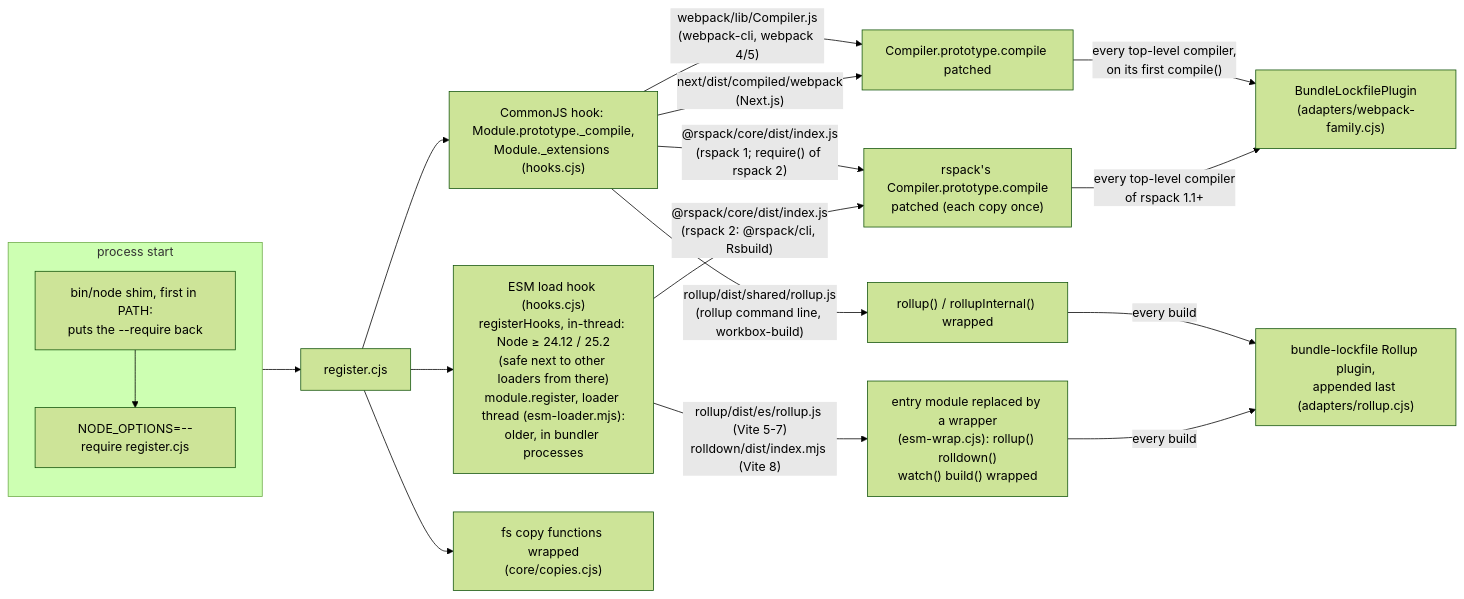
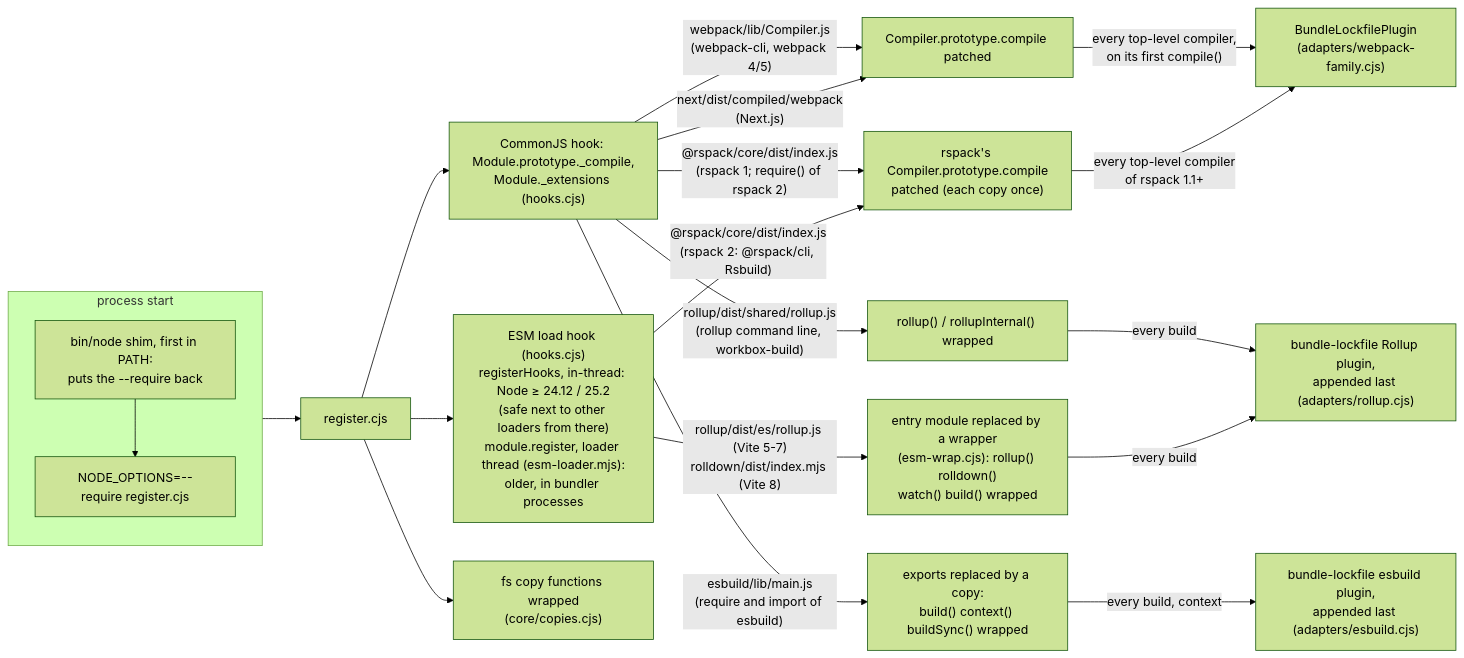
The first of 6 diagrams in docs/internals.md (toabctl/bundle-lockfile), drawn with Mermaid (forest theme) before and after one commit. The commit also changed other lines of this file and 18 other files, not shown here.

First line of the commit message:
esbuild: hook its JavaScript API (build, context, buildSync), 0.17 and later (#46)

````diff
--- a/docs/internals.md
+++ b/docs/internals.md
@@ -16,25 +16,27 @@
 ```mermaid
 flowchart LR
   subgraph start["process start"]
     direction TB
     nodeopts["NODE_OPTIONS=--require register.cjs"]
     shim["bin/node shim, first in PATH:<br/>puts the --require back"]
     shim --> nodeopts
   end
   nodeopts --> register["register.cjs"]
   register --> cjs["CommonJS hook: Module.prototype._compile,<br/>Module._extensions (hooks.cjs)"]
   register --> esm["ESM load hook (hooks.cjs)<br/>registerHooks, in-thread: Node ≥ 24.12 / 25.2<br/>(safe next to other loaders from there)<br/>module.register, loader thread (esm-loader.mjs):<br/>older, in bundler processes"]
   register --> copies["fs copy functions wrapped<br/>(core/copies.cjs)"]
 
   cjs -- "webpack/lib/Compiler.js<br/>(webpack-cli, webpack 4/5)" --> wpatch["Compiler.prototype.compile patched"]
   cjs -- "next/dist/compiled/webpack<br/>(Next.js)" --> wpatch
   cjs -- "@rspack/core/dist/index.js<br/>(rspack 1; require() of rspack 2)" --> rspatch["rspack's Compiler.prototype.compile<br/>patched (each copy once)"]
   esm -- "@rspack/core/dist/index.js<br/>(rspack 2: @rspack/cli, Rsbuild)" --> rspatch
   cjs -- "rollup/dist/shared/rollup.js<br/>(rollup command line, workbox-build)" --> rpatch["rollup() / rollupInternal() wrapped"]
+  cjs -- "esbuild/lib/main.js<br/>(require and import of esbuild)" --> epatch["exports replaced by a copy:<br/>build() context() buildSync() wrapped"]
   esm -- "rollup/dist/es/rollup.js (Vite 5-7)<br/>rolldown/dist/index.mjs (Vite 8)" --> wrap["entry module replaced by a wrapper<br/>(esm-wrap.cjs): rollup() rolldown()<br/>watch() build() wrapped"]
 
   wpatch -- "every top-level compiler,<br/>on its first compile()" --> wplugin["BundleLockfilePlugin<br/>(adapters/webpack-family.cjs)"]
   rspatch -- "every top-level compiler<br/>of rspack 1.1+" --> wplugin
   rpatch -- "every build" --> rplugin["bundle-lockfile Rollup plugin,<br/>appended last (adapters/rollup.cjs)"]
   wrap -- "every build" --> rplugin
+  epatch -- "every build, context" --> eplugin["bundle-lockfile esbuild plugin,<br/>appended last (adapters/esbuild.cjs)"]
 ```
````
